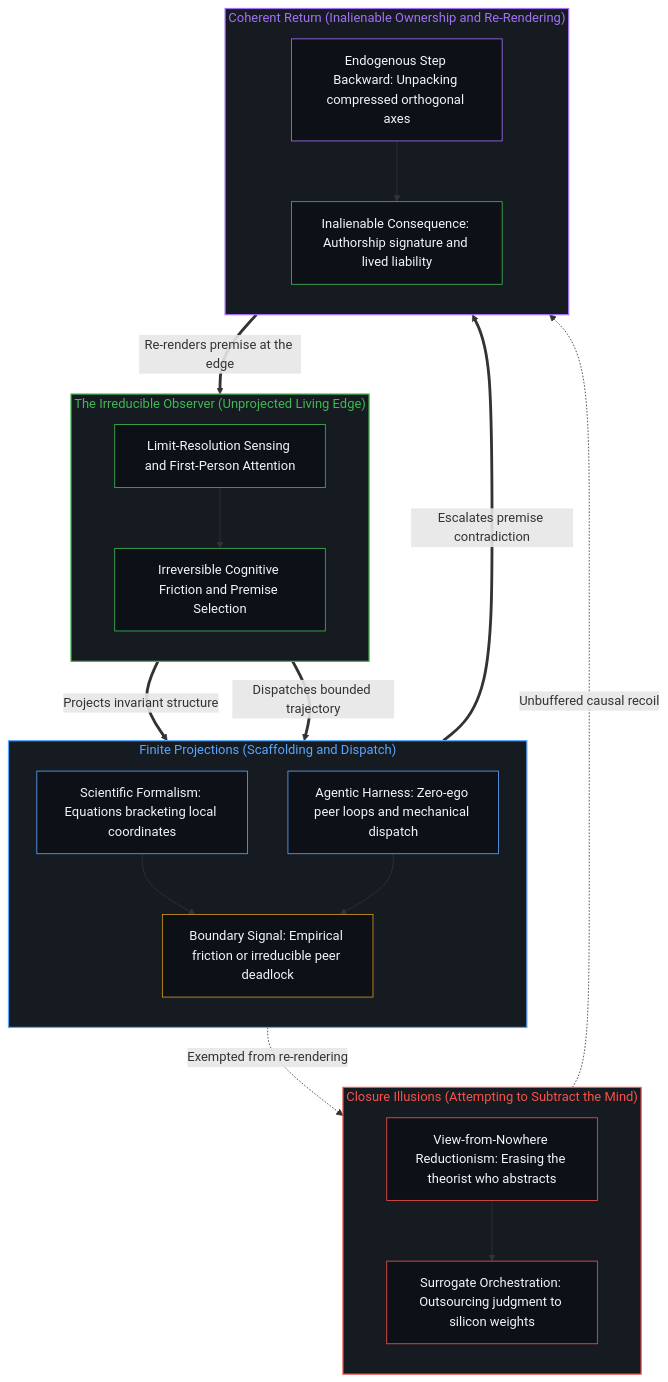
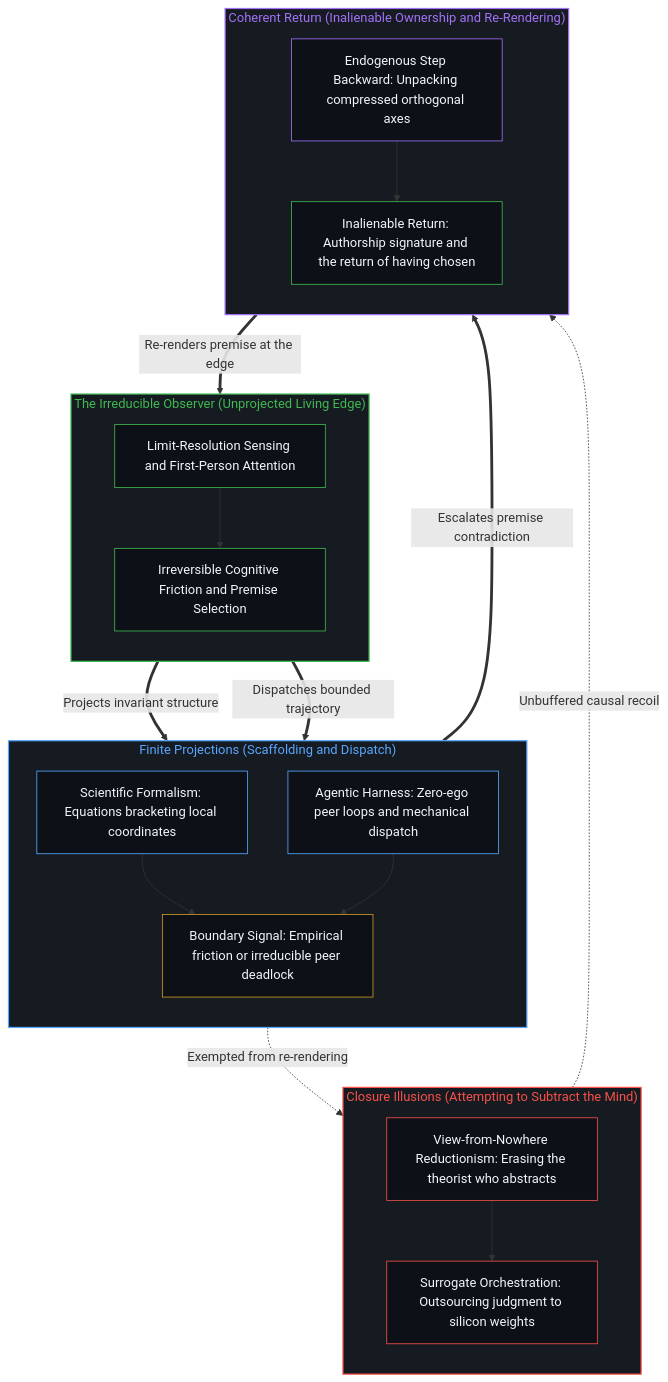
The second of 2 diagrams in content/posts/the-irreducible-observer.md (powerpig99/not-a-toe), drawn with Mermaid before and after one commit. The commit also changed other lines of this file and 13 other files, not shown here.

````diff
--- a/content/posts/the-irreducible-observer.md
+++ b/content/posts/the-irreducible-observer.md
@@ -94,48 +94,48 @@
 ```mermaid
 flowchart TD
     subgraph S_Origin ["The Irreducible Observer (Unprojected Living Edge)"]
         direction TB
         style S_Origin fill:#161b22,stroke:#3fb950,stroke-width:1.5px,color:#3fb950
         O_Sense["Limit-Resolution Sensing and First-Person Attention"]
         O_Cut["Irreversible Cognitive Friction and Premise Selection"]
         style O_Sense fill:#0d1117,stroke:#3fb950,stroke-width:1px,color:#f0f6fc
         style O_Cut fill:#0d1117,stroke:#3fb950,stroke-width:1px,color:#f0f6fc
         O_Sense --> O_Cut
     end
     subgraph S_Proj ["Finite Projections (Scaffolding and Dispatch)"]
         direction TB
         style S_Proj fill:#161b22,stroke:#58a6ff,stroke-width:1.5px,color:#58a6ff
         P_Theory["Scientific Formalism: Equations bracketing local coordinates"]
         P_Agent["Agentic Harness: Zero-ego peer loops and mechanical dispatch"]
         P_Signal["Boundary Signal: Empirical friction or irreducible peer deadlock"]
         style P_Theory fill:#0d1117,stroke:#58a6ff,stroke-width:1px,color:#f0f6fc
         style P_Agent fill:#0d1117,stroke:#58a6ff,stroke-width:1px,color:#f0f6fc
         style P_Signal fill:#0d1117,stroke:#d29922,stroke-width:1px,color:#f0f6fc
         P_Theory --> P_Signal
         P_Agent --> P_Signal
     end
     subgraph S_Inversion ["Closure Illusions (Attempting to Subtract the Mind)"]
         direction TB
         style S_Inversion fill:#161b22,stroke:#f85149,stroke-width:1.5px,color:#f85149
         I_Nowhere["View-from-Nowhere Reductionism: Erasing the theorist who abstracts"]
         I_Oracle["Surrogate Orchestration: Outsourcing judgment to silicon weights"]
         style I_Nowhere fill:#0d1117,stroke:#f85149,stroke-width:1px,color:#f0f6fc
         style I_Oracle fill:#0d1117,stroke:#f85149,stroke-width:1px,color:#f0f6fc
         I_Nowhere --> I_Oracle
     end
     subgraph S_Return ["Coherent Return (Inalienable Ownership and Re-Rendering)"]
         direction TB
         style S_Return fill:#161b22,stroke:#a371f7,stroke-width:1.5px,color:#a371f7
         R_Step["Endogenous Step Backward: Unpacking compressed orthogonal axes"]
-        R_Claim["Inalienable Consequence: Authorship signature and lived liability"]
+        R_Claim["Inalienable Return: Authorship signature and the return of having chosen"]
         style R_Step fill:#0d1117,stroke:#a371f7,stroke-width:1px,color:#f0f6fc
         style R_Claim fill:#0d1117,stroke:#3fb950,stroke-width:1px,color:#f0f6fc
         R_Step --> R_Claim
     end
     O_Cut ==>|"Projects invariant structure"| P_Theory
     O_Cut ==>|"Dispatches bounded trajectory"| P_Agent
     P_Signal -.->|"Exempted from re-rendering"| I_Nowhere
     I_Oracle -.->|"Unbuffered causal recoil"| R_Claim
     P_Signal ==>|"Escalates premise contradiction"| R_Step
     R_Claim ==>|"Re-renders premise at the edge"| O_Sense
 ```
````
